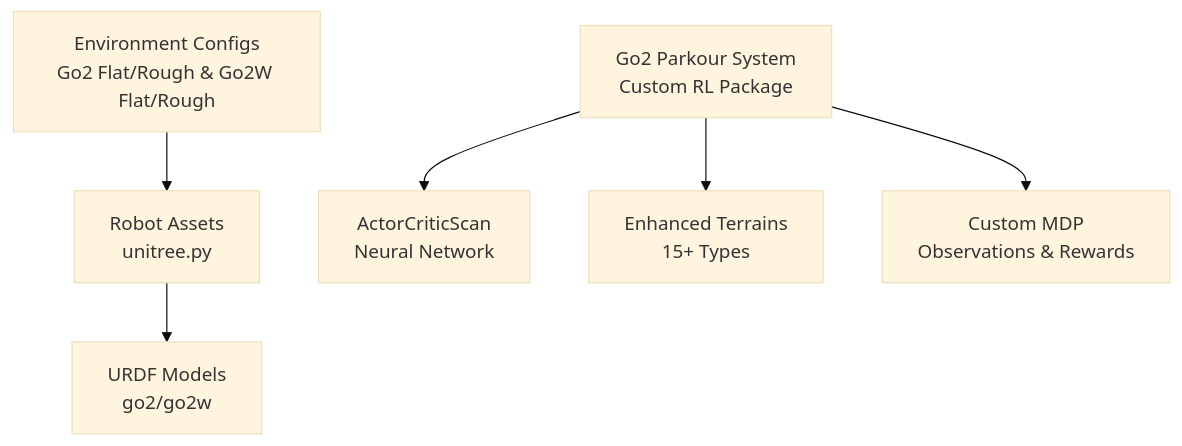
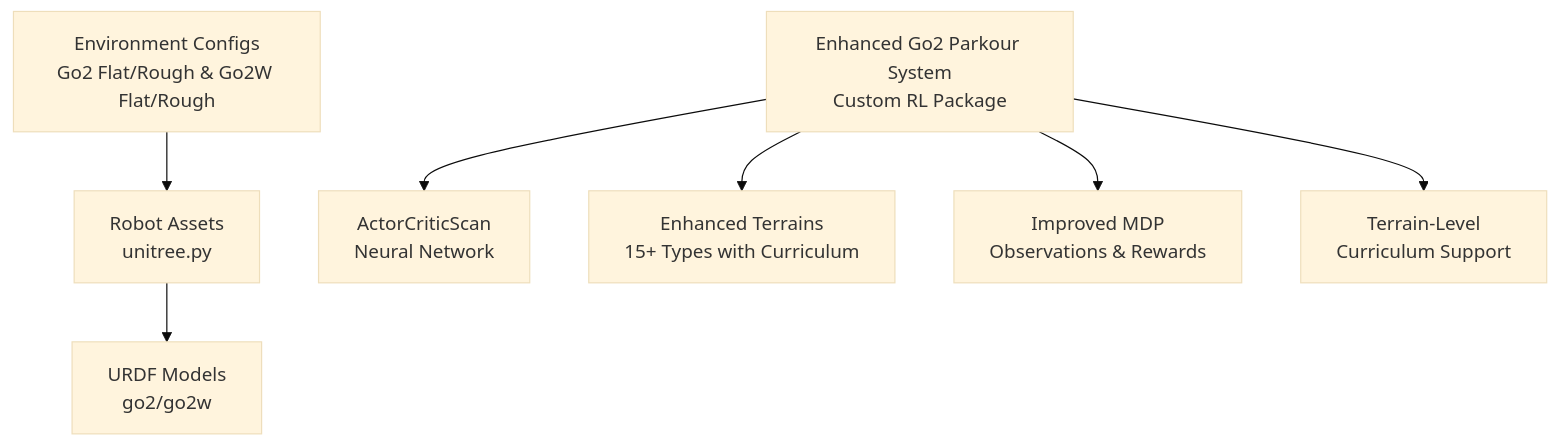
Before and after one commit to jayjayhust/robot_lab: the second of 12 diagrams in .qoder/repowiki/en/content/Robot Categories and Models/Quadruped Robots/Unitree Go2 Series.md, drawn with Mermaid (base theme). The commit also changed other lines of this file and 168 other files, not shown here.

````diff
--- a/.qoder/repowiki/en/content/Robot Categories and Models/Quadruped Robots/Unitree Go2 Series.md
+++ b/.qoder/repowiki/en/content/Robot Categories and Models/Quadruped Robots/Unitree Go2 Series.md
@@ -112,15 +117,17 @@
 ```mermaid
 graph TB
 Env["Environment Configs<br/>Go2 Flat/Rough & Go2W Flat/Rough"]
-Parkour["Go2 Parkour System<br/>Custom RL Package"]
+Parkour["Enhanced Go2 Parkour System<br/>Custom RL Package"]
 Assets["Robot Assets<br/>unitree.py"]
 URDF["URDF Models<br/>go2/go2w"]
 NN["ActorCriticScan<br/>Neural Network"]
-Terrains["Enhanced Terrains<br/>15+ Types"]
-MDP["Custom MDP<br/>Observations & Rewards"]
+Terrains["Enhanced Terrains<br/>15+ Types with Curriculum"]
+MDP["Improved MDP<br/>Observations & Rewards"]
+Curriculum["Terrain-Level<br/>Curriculum Support"]
 Env --> Assets
 Assets --> URDF
 Parkour --> NN
 Parkour --> Terrains
 Parkour --> MDP
+Parkour --> Curriculum
 ```
````
